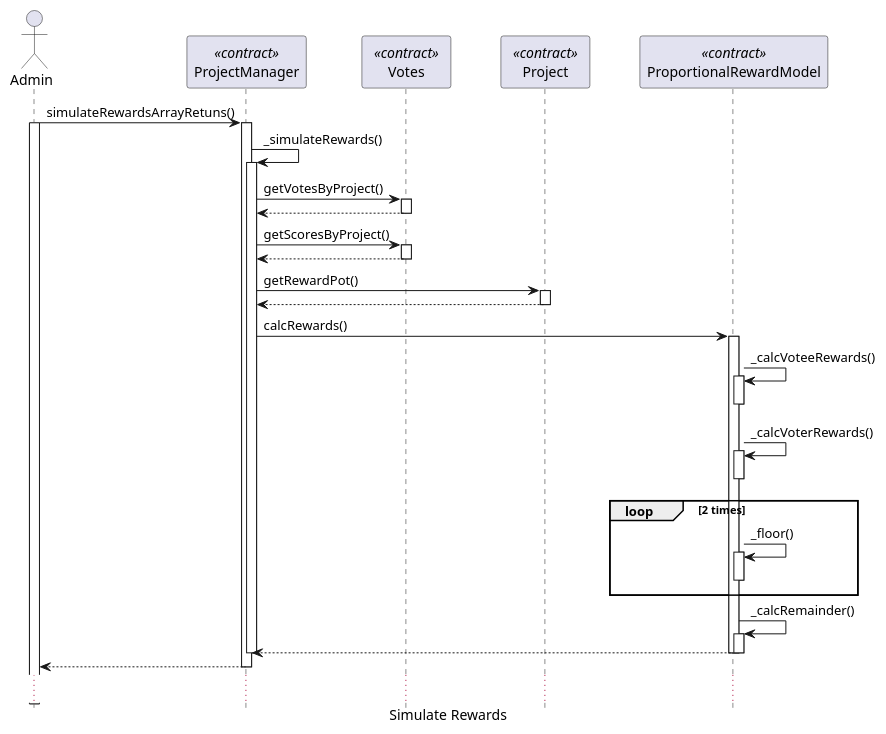
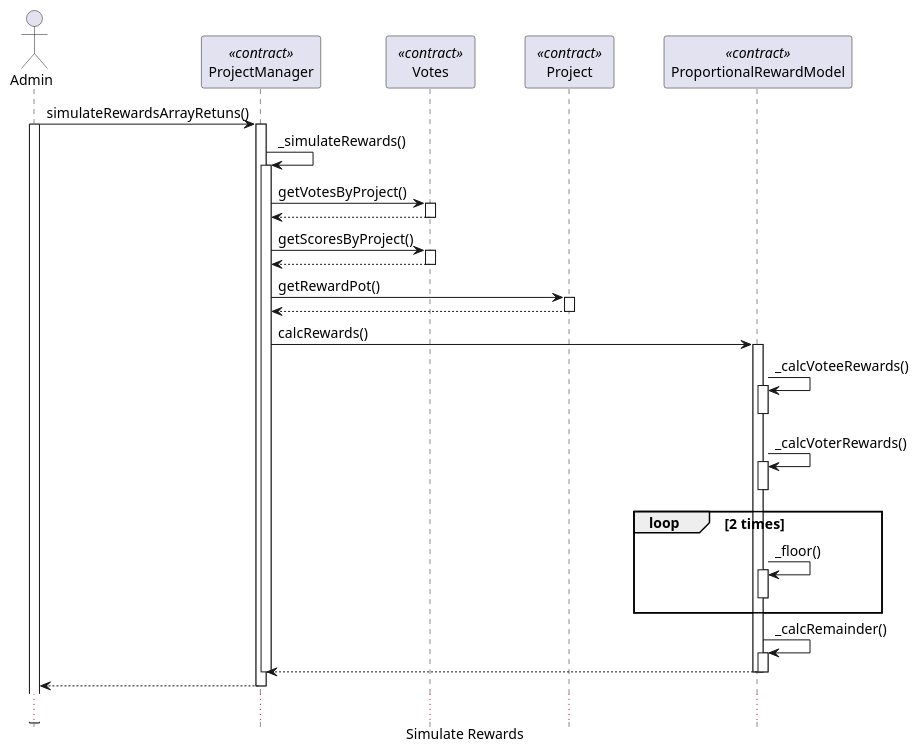
One commit to 3rdstage/models changed the diagram in smart-contracts/collaboration/workflows/workflow-simulate-rewards.plantuml. Above: the diagram before and after it, drawn with PlantUML. The commit also changed 19 other files, not shown here.

```diff
--- a/smart-contracts/collaboration/workflows/workflow-simulate-rewards.plantuml
+++ b/smart-contracts/collaboration/workflows/workflow-simulate-rewards.plantuml
@@ -1,59 +1,74 @@
 @startuml
  
 ' Python 3 Collections
 ' https://github.com/python/cpython/blob/v3.8.5/Lib/_collections_abc.py
  
 ' https://plantuml.com/class-diagram
 ' https://plantuml.com/sequence-diagram
 ' https://plantuml-documentation.readthedocs.io/en/latest/formatting/all-skin-params.html
 ' https://plantuml-documentation.readthedocs.io/en/latest/formatting/all-skin-params.html#class
  
 skinparam {
   DefaultFontName Monaco
   'DefaultFontName Consolas
+  'DefaultMonospacedFontName Consolas
+  DefaultFontSize 14
+  DefaultFontStyle bold
+  BackgroundColor transparent
+  BoxPadding 300
+  PageMargin 10
+  ArrowThickness 1
   MinClassWidth 75
   ClassFontStyle bold
   ParticipantPadding 20
-  BoxPadding 300
-  GroupBorderThickness 1
-  GroupBorderShadowing false
-  PageMargin 10
+}
+
+skinparam Sequence{
+  DividerBorderThickness 2
+  LifeLineBorderThickness 2
+  ParticipantBorderThicknessa 2
+  ReferenceBorderThickness 2
+}
+
+skinparam Group{
+  BorderThickness 1
+  BorderShadowing false
 }
  
 hide Circle
 hide Footbox
 caption Simulate Rewards
 
 Actor "Admin" as admin 
 Participant "ProjectManager" as pm <<contract>>
 Participant "Votes" as vts <<contract>>
 Participant "Project" as prj <<contract>>
 Participant "ProportionalRewardModel" as mdl <<contract>>
 
 admin -> pm ++ : simulateRewardsArrayRetuns()
 admin ++
   pm -> pm ++ : _simulateRewards()
     pm -> vts ++ : getVotesByProject()
     pm <-- vts --
     pm -> vts ++ : getScoresByProject()
     pm <-- vts --
     pm -> prj ++ : getRewardPot()
     pm <-- prj --
     pm -> mdl ++ : calcRewards()
       mdl -> mdl ++ : _calcVoteeRewards()
       mdl --
       mdl -> mdl ++ : _calcVoterRewards()
       mdl --
       loop 2 times
         mdl -> mdl ++ : _floor()
         mdl --
       end
       mdl -> mdl ++ : _calcRemainder()
     pm <-- mdl --
     mdl --
   pm --
 pm --> admin --
 
 ...
     
 @enduml
```
